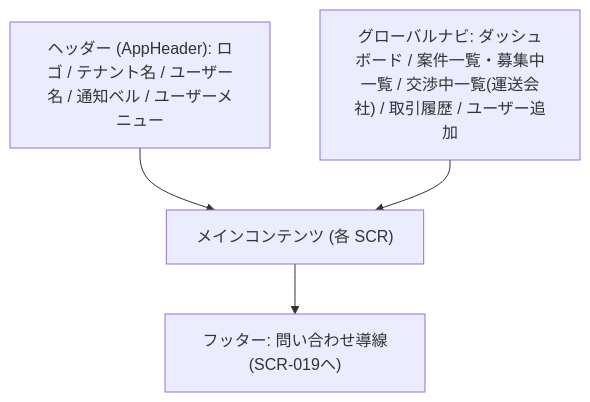
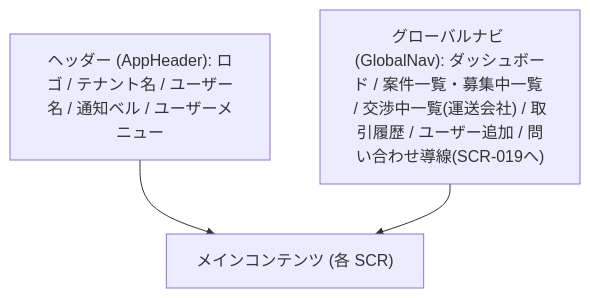
One commit to YumetoKoyama/claude-poc-docs changed the diagram in docs/design/screens/共通レイアウト.md. Above: the diagram before and after it, drawn with Mermaid. The commit also changed other lines of this file and 41 other files, not shown here.

````diff
--- a/docs/design/screens/共通レイアウト.md
+++ b/docs/design/screens/共通レイアウト.md
@@ -16,10 +16,8 @@
 ```mermaid
 flowchart TB
     Header["ヘッダー (AppHeader): ロゴ / テナント名 / ユーザー名 / 通知ベル / ユーザーメニュー"]
-    Nav["グローバルナビ: ダッシュボード / 案件一覧・募集中一覧 / 交渉中一覧(運送会社) / 取引履歴 / ユーザー追加"]
+    Nav["グローバルナビ (GlobalNav): ダッシュボード / 案件一覧・募集中一覧 / 交渉中一覧(運送会社) / 取引履歴 / ユーザー追加 / 問い合わせ導線(SCR-019へ)"]
     Main["メインコンテンツ (各 SCR)"]
-    Footer["フッター: 問い合わせ導線(SCR-019へ)"]
     Header --> Main
     Nav --> Main
-    Main --> Footer
 ```
````
